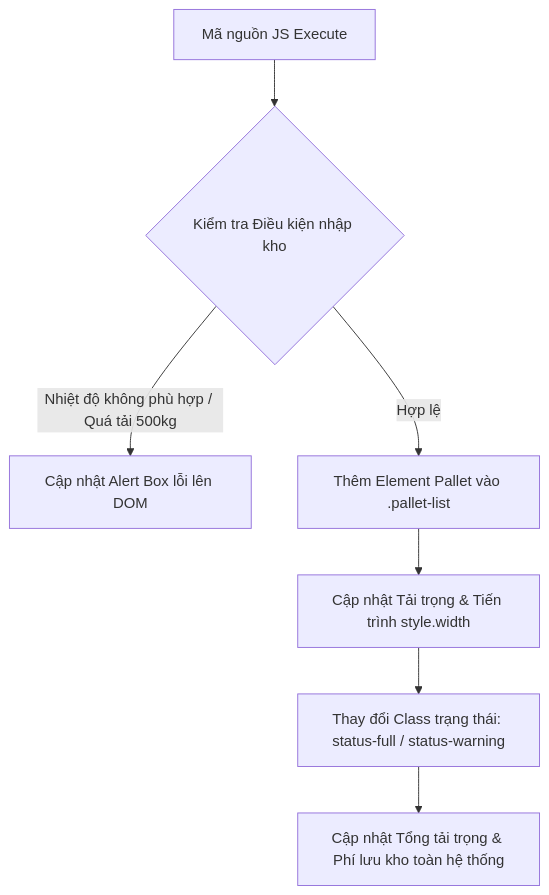
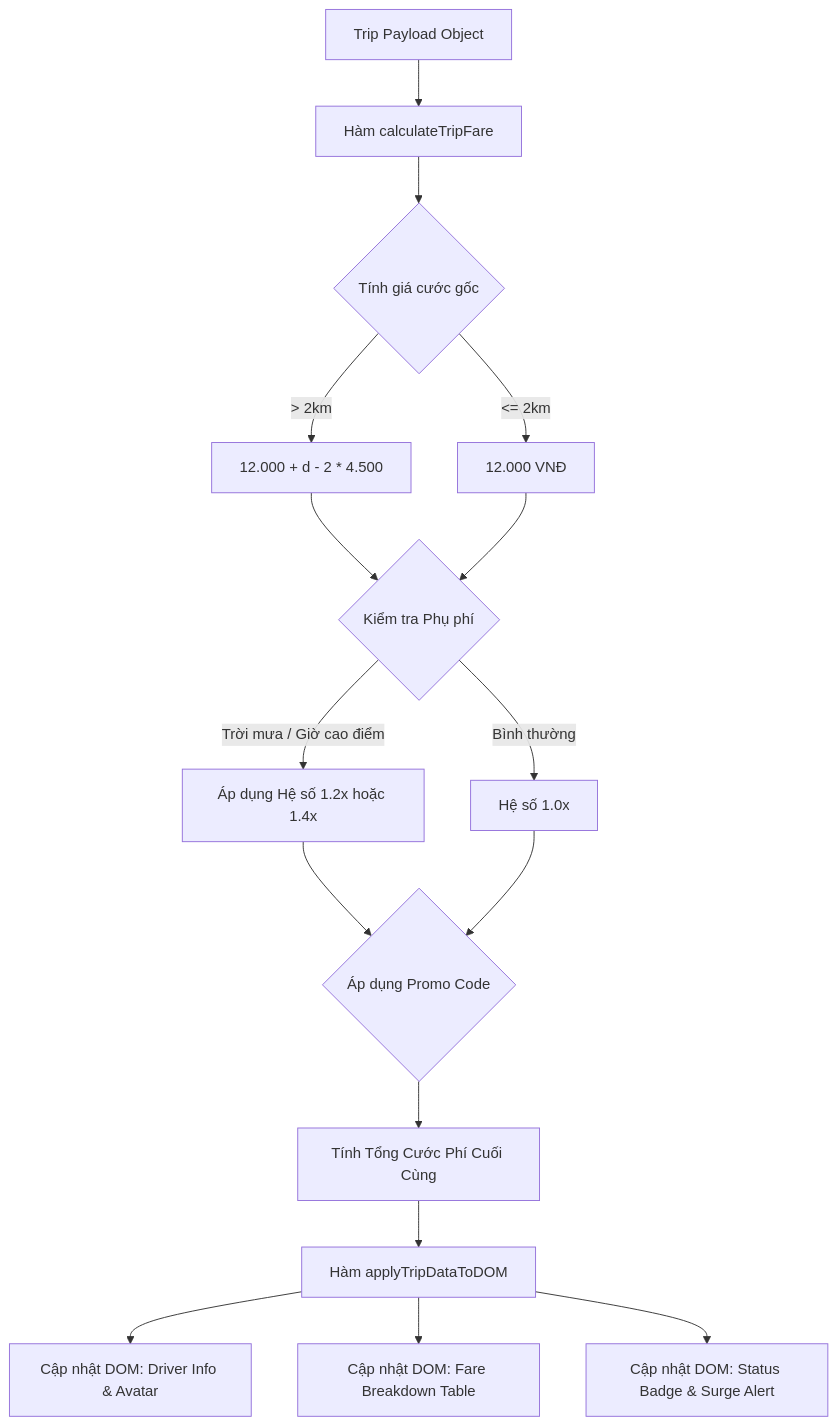
The diagram in output/pms/Phát_triển_ứng_dụng_web/Session 17 - Tương tác DOM API (Document Object Model)- Truy xuất và Thay đổi Nội dung/Bài tập/bai_tap_8.md (ngoquy12/learning_material), drawn with Mermaid before and after one commit. The commit also changed other lines of this file and 152 other files, not shown here.

Commit message:
feat(domain): implement Session Domain Anchor Architecture for 100% unified domain consistency across all session resources

````diff
--- a/output/pms/Phát_triển_ứng_dụng_web/Session 17 - Tương tác DOM API (Document Object Model)- Truy xuất và Thay đổi Nội dung/Bài tập/bai_tap_8.md
+++ b/output/pms/Phát_triển_ứng_dụng_web/Session 17 - Tương tác DOM API (Document Object Model)- Truy xuất và Thay đổi Nội dung/Bài tập/bai_tap_8.md
@@ -16,9 +21,18 @@
 ```mermaid
-graph TD
-    A[Mã nguồn JS Execute] --> B{Kiểm tra Điều kiện nhập kho}
-    B -- Nhiệt độ không phù hợp / Quá tải 500kg --> C[Cập nhật Alert Box lỗi lên DOM]
-    B -- Hợp lệ --> D[Thêm Element Pallet vào .pallet-list]
-    D --> E[Cập nhật Tải trọng & Tiến trình style.width]
-    E --> F[Thay đổi Class trạng thái: status-full / status-warning]
-    F --> G[Cập nhật Tổng tải trọng & Phí lưu kho toàn hệ thống]
+flowchart TD
+    A[Trip Payload Object] --> B[Hàm calculateTripFare]
+    B --> C{Tính giá cước gốc}
+    C -->|<= 2km| D[12.000 VNĐ]
+    C -->|> 2km| E[12.000 + d - 2 * 4.500]
+    E --> F{Kiểm tra Phụ phí}
+    D --> F
+    F -->|Trời mưa / Giờ cao điểm| G[Áp dụng Hệ số 1.2x hoặc 1.4x]
+    F -->|Bình thường| H[Hệ số 1.0x]
+    G --> I{Áp dụng Promo Code}
+    H --> I
+    I --> J[Tính Tổng Cước Phí Cuối Cùng]
+    J --> K[Hàm applyTripDataToDOM]
+    K --> L[Cập nhật DOM: Driver Info & Avatar]
+    K --> M[Cập nhật DOM: Fare Breakdown Table]
+    K --> N[Cập nhật DOM: Status Badge & Surge Alert]
 ```
````
